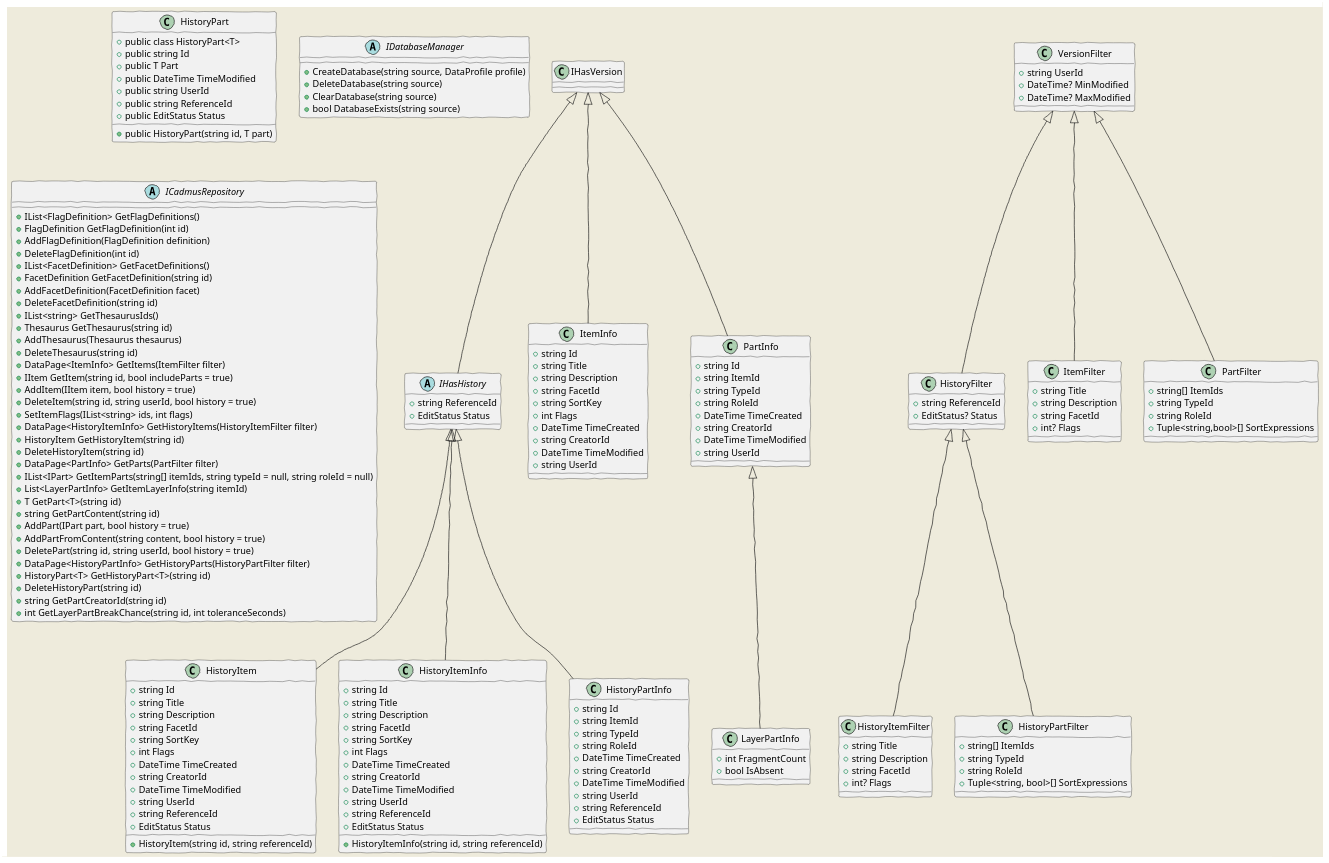
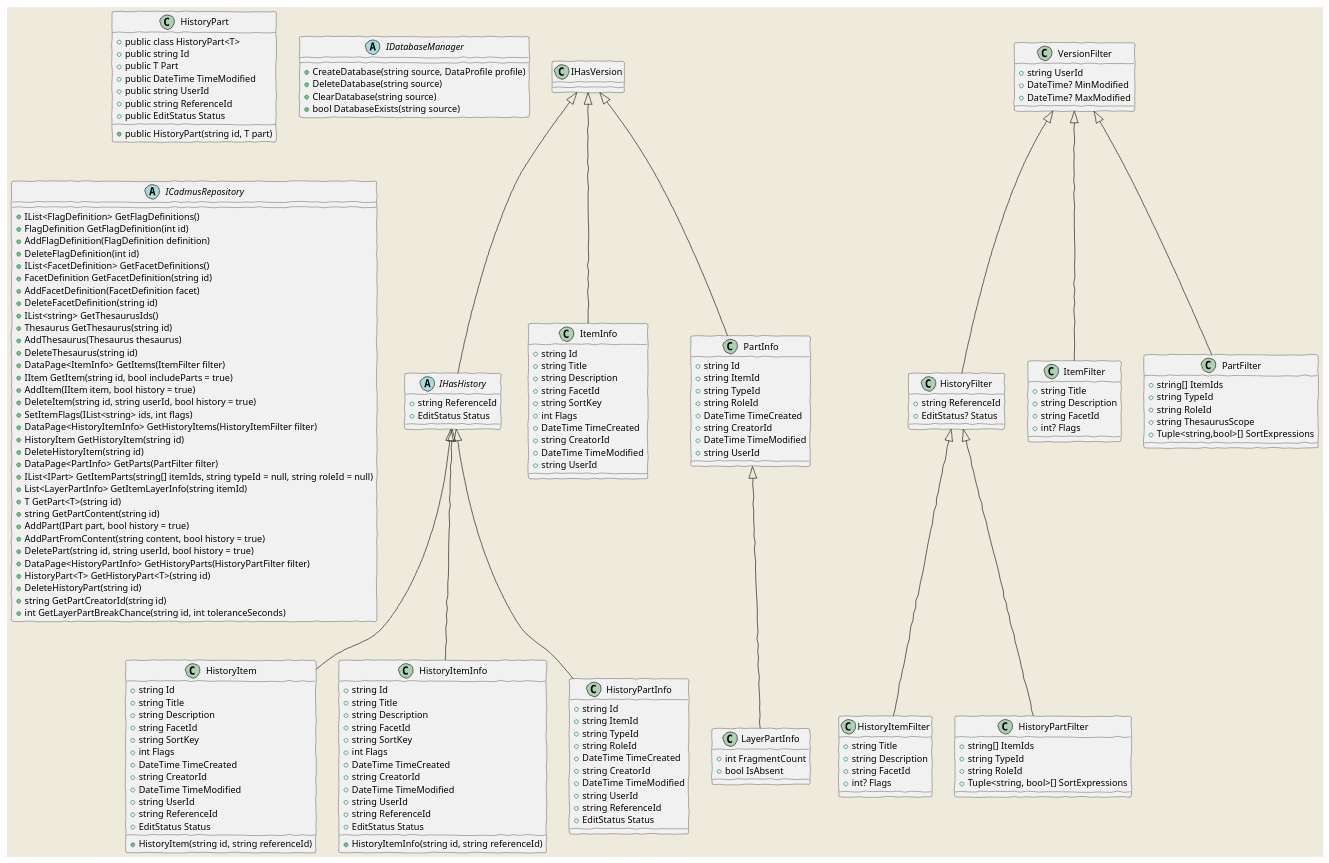
Before and after one commit to vedph/cadmus_core: the fourth of 4 diagrams in Doc/core.md, drawn with PlantUML. The commit also changed other lines of this file and 7 other files, not shown here.

Commit message:
Added SetPartThesaurusScope to repo

```diff
--- a/Doc/core.md
+++ b/Doc/core.md
@@ -614,6 +615,7 @@
     PartFilter : +string[] ItemIds
     PartFilter : +string TypeId
     PartFilter : +string RoleId
+    PartFilter : +string ThesaurusScope
     PartFilter : +Tuple<string,bool>[] SortExpressions
 
     IHasVersion <|-- ItemInfo
```
